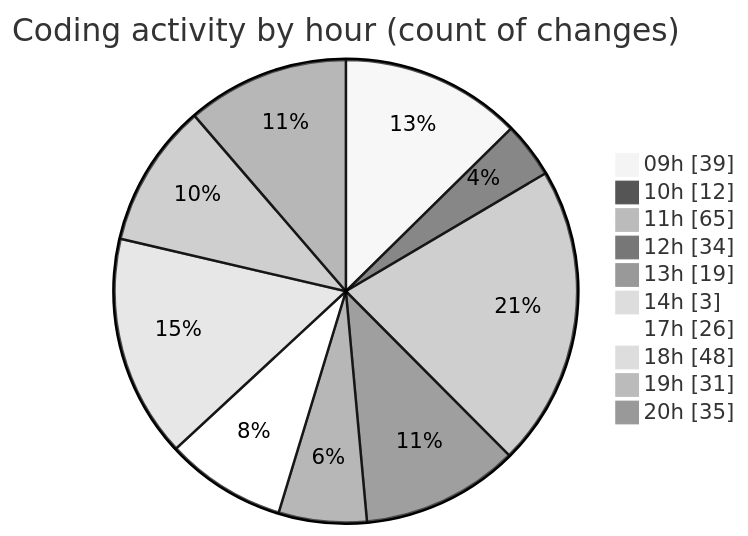
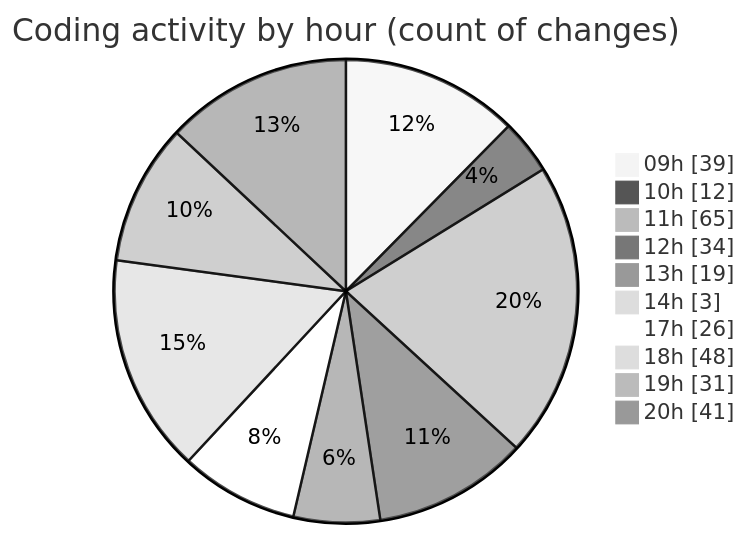
Before and after one commit to momahboobian/code-tracking: the second of 2 diagrams in 2025-03-04/cda/README.md, drawn with Mermaid (neutral theme). The commit also changed other lines of this file and 1 other file, not shown here.

````diff
--- a/2025-03-04/cda/README.md
+++ b/2025-03-04/cda/README.md
@@ -46,14 +46,14 @@
 ```mermaid
 pie showData
 title Coding activity by hour (count of changes)
 "09h" : 39
 "10h" : 12
 "11h" : 65
 "12h" : 34
 "13h" : 19
 "14h" : 3
 "17h" : 26
 "18h" : 48
 "19h" : 31
-"20h" : 35
+"20h" : 41
 ```
````
